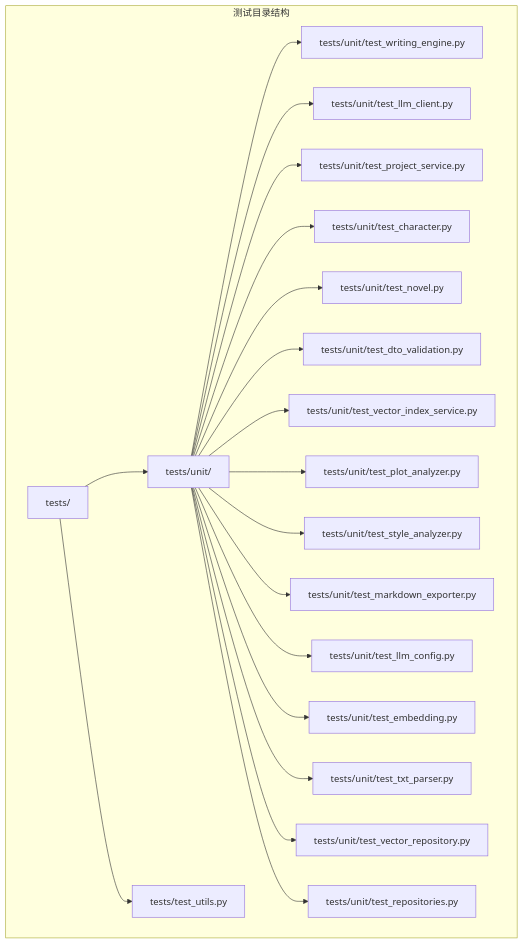
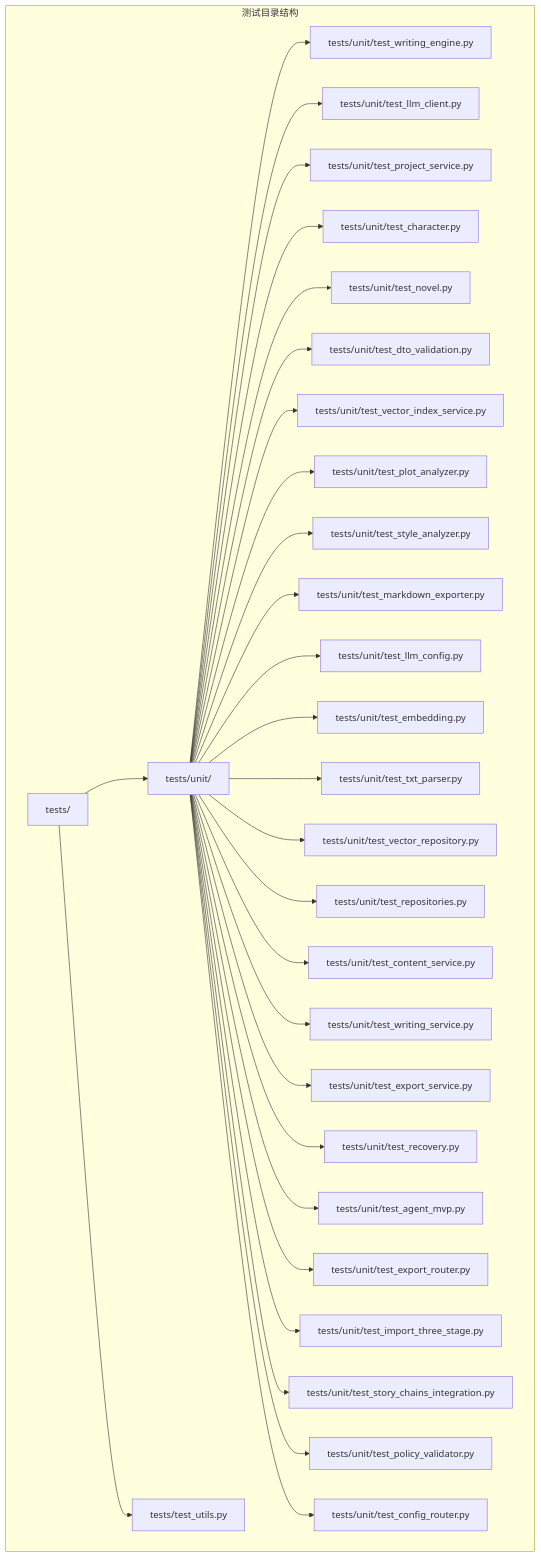
One commit to octsfm/InkTrace changed the first of 11 diagrams in .qoder/repowiki/zh/content/测试策略/测试策略.md. Above: the diagram before and after it, drawn with Mermaid. The commit also changed other lines of this file and 25 other files, not shown here.

````diff
--- a/.qoder/repowiki/zh/content/测试策略/测试策略.md
+++ b/.qoder/repowiki/zh/content/测试策略/测试策略.md
@@ -46,40 +65,60 @@
 ```mermaid
 graph TB
 subgraph "测试目录结构"
 T["tests/"]
 TU["tests/unit/"]
 TU1["tests/unit/test_writing_engine.py"]
 TU2["tests/unit/test_llm_client.py"]
 TU3["tests/unit/test_project_service.py"]
 TU4["tests/unit/test_character.py"]
 TU5["tests/unit/test_novel.py"]
 TU6["tests/unit/test_dto_validation.py"]
 TU7["tests/unit/test_vector_index_service.py"]
 TU8["tests/unit/test_plot_analyzer.py"]
 TU9["tests/unit/test_style_analyzer.py"]
 TU10["tests/unit/test_markdown_exporter.py"]
 TU11["tests/unit/test_llm_config.py"]
 TU12["tests/unit/test_embedding.py"]
 TU13["tests/unit/test_txt_parser.py"]
 TU14["tests/unit/test_vector_repository.py"]
 TU15["tests/unit/test_repositories.py"]
+TU16["tests/unit/test_content_service.py"]
+TU17["tests/unit/test_writing_service.py"]
+TU18["tests/unit/test_export_service.py"]
+TU19["tests/unit/test_recovery.py"]
+TU20["tests/unit/test_agent_mvp.py"]
+TU21["tests/unit/test_export_router.py"]
+TU22["tests/unit/test_import_three_stage.py"]
+TU23["tests/unit/test_story_chains_integration.py"]
+TU24["tests/unit/test_policy_validator.py"]
+TU25["tests/unit/test_config_router.py"]
 TUU["tests/test_utils.py"]
 end
 T --> TU
 T --> TUU
 TU --> TU1
 TU --> TU2
 TU --> TU3
 TU --> TU4
 TU --> TU5
 TU --> TU6
 TU --> TU7
 TU --> TU8
 TU --> TU9
 TU --> TU10
 TU --> TU11
 TU --> TU12
 TU --> TU13
 TU --> TU14
 TU --> TU15
+TU --> TU16
+TU --> TU17
+TU --> TU18
+TU --> TU19
+TU --> TU20
+TU --> TU21
+TU --> TU22
+TU --> TU23
+TU --> TU24
+TU --> TU25
 ```
````
